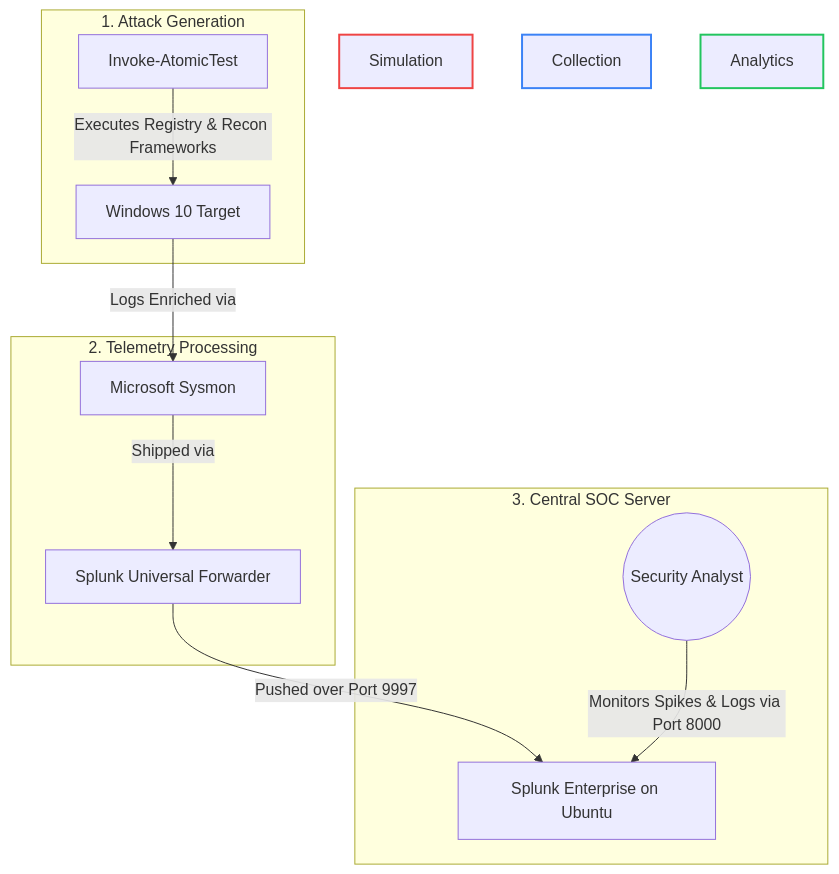
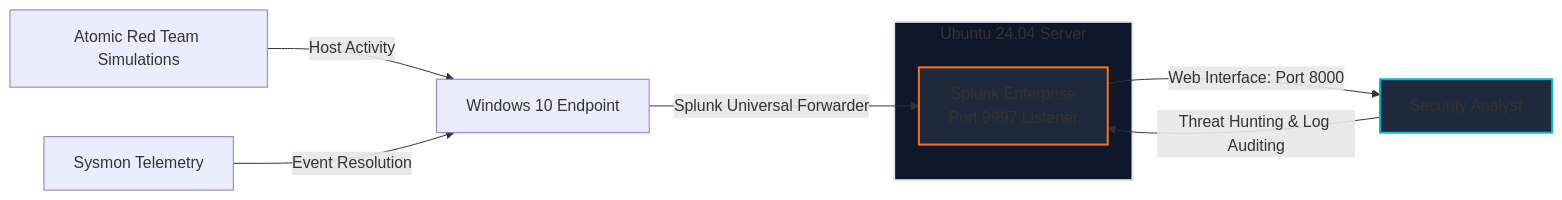
One commit to a-ishak-sec/SOC-In-A-Box-Lab changed the diagram in README.md. Above: the diagram before and after it, drawn with Mermaid.

````diff
--- a/README.md
+++ b/README.md
@@ -6,24 +6,21 @@
 ```mermaid
-graph TD
-    %% Top Tier: The Simulation
-    subgraph Simulation Layer [1. Attack Generation]
-        A[Invoke-AtomicTest] -->|Executes Registry & Recon Frameworks| B[Windows 10 Target]
+graph LR
+    %% Left Side - Endpoint Data Input
+    A[Atomic Red Team Simulations] -->|Host Activity| B[Windows 10 Endpoint]
+    C[Sysmon Telemetry] -->|Event Resolution| B
+    B -->|Splunk Universal Forwarder| CentralSIEM
+
+    %% Center Hub - The SIEM Server
+    subgraph Server [Ubuntu 24.04 Server]
+        CentralSIEM[Splunk Enterprise<br>Port 9997 Listener]
     end
 
-    %% Middle Tier: Processing
-    subgraph Collection Layer [2. Telemetry Processing]
-        B -->|Logs Enriched via| C[Microsoft Sysmon]
-        C -->|Shipped via| D[Splunk Universal Forwarder]
-    end
+    %% Right Side - User Output
+    CentralSIEM -->|Web Interface: Port 8000| Analyst[Security Analyst]
+    Analyst -->|Threat Hunting & Log Auditing| CentralSIEM
 
-    %% Bottom Tier: SIEM & Ingestion
-    subgraph Analytics Layer [3. Central SOC Server]
-        D -->|Pushed over Port 9997| E[Splunk Enterprise on Ubuntu]
-        F((Security Analyst)) -->|Monitors Spikes & Logs via Port 8000| E
-    end
-
-    %% Color Adjustments
-    style Simulation Layer fill:#18181b,stroke:#ef4444,stroke-width:2px
-    style Collection Layer fill:#18181b,stroke:#3b82f6,stroke-width:2px
-    style Analytics Layer fill:#18181b,stroke:#22c55e,stroke-width:2px
+    %% Visual Styling
+    style Server fill:#0f172a,stroke:#e2e8f0,stroke-width:2px
+    style CentralSIEM fill:#1e293b,stroke:#f97316,stroke-width:2px
+    style Analyst fill:#1e293b,stroke:#06b6d4,stroke-width:2px
 ```
````
